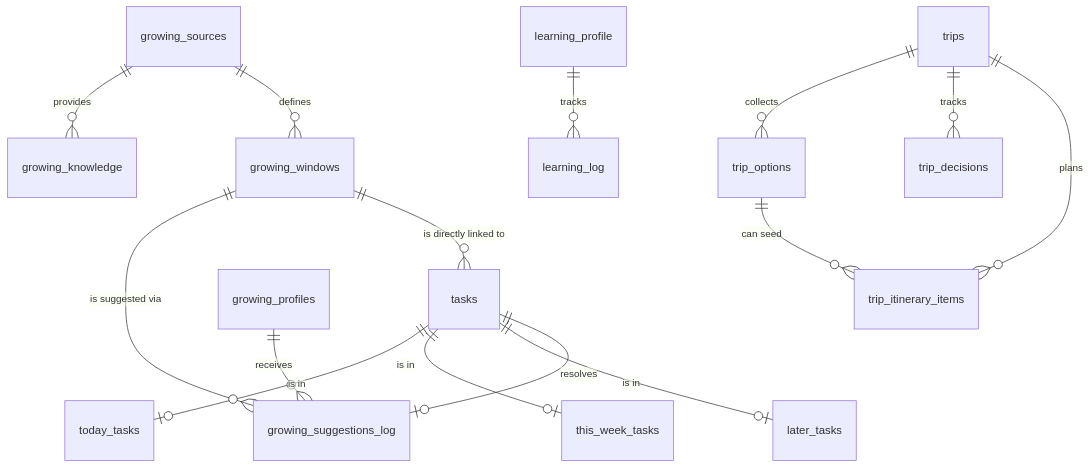
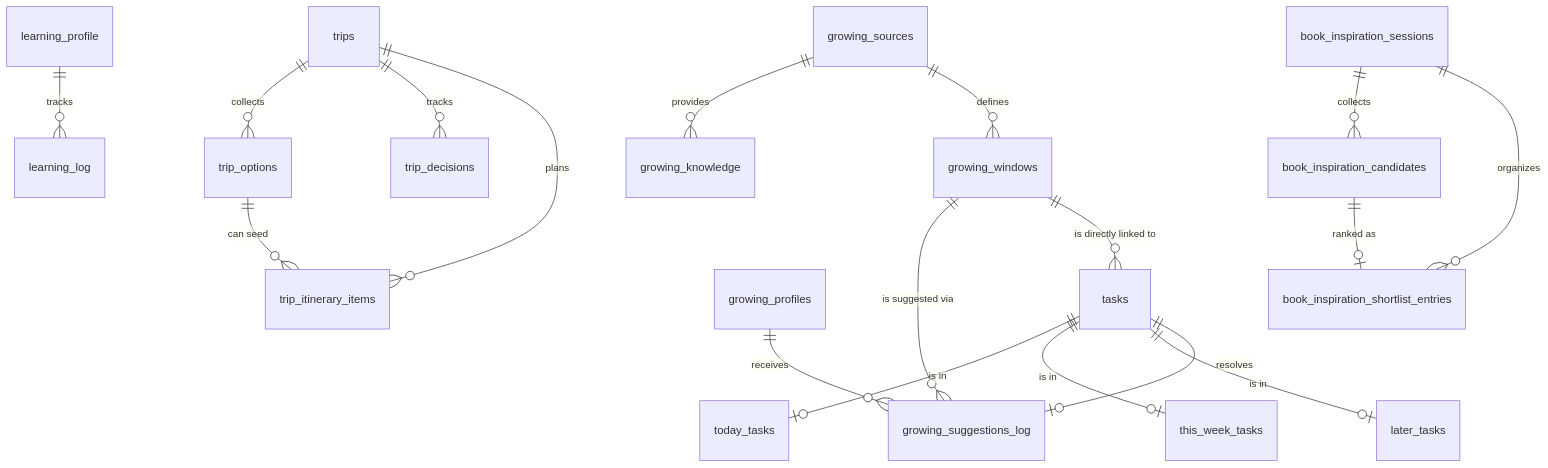
The diagram in docs/DATABASE-ARCHITECTURE.md (dukemai/agent-worker), drawn with Mermaid before and after one commit. The commit also changed other lines of this file and 65 other files, not shown here.

````diff
--- a/docs/DATABASE-ARCHITECTURE.md
+++ b/docs/DATABASE-ARCHITECTURE.md
@@ -7,20 +7,23 @@
 ```mermaid
 erDiagram
     tasks ||--o| today_tasks : "is in"
     tasks ||--o| this_week_tasks : "is in"
     tasks ||--o| later_tasks : "is in"
     
     growing_profiles ||--o{ growing_suggestions_log : "receives"
     growing_windows ||--o{ growing_suggestions_log : "is suggested via"
     growing_windows ||--o{ tasks : "is directly linked to"
     tasks ||--o| growing_suggestions_log : "resolves"
     
     growing_sources ||--o{ growing_knowledge : "provides"
     growing_sources ||--o{ growing_windows : "defines"
     
     learning_profile ||--o{ learning_log : "tracks"
     trips ||--o{ trip_options : "collects"
     trips ||--o{ trip_decisions : "tracks"
     trips ||--o{ trip_itinerary_items : "plans"
     trip_options ||--o{ trip_itinerary_items : "can seed"
+    book_inspiration_sessions ||--o{ book_inspiration_candidates : "collects"
+    book_inspiration_sessions ||--o{ book_inspiration_shortlist_entries : "organizes"
+    book_inspiration_candidates ||--o| book_inspiration_shortlist_entries : "ranked as"
 ```
````
